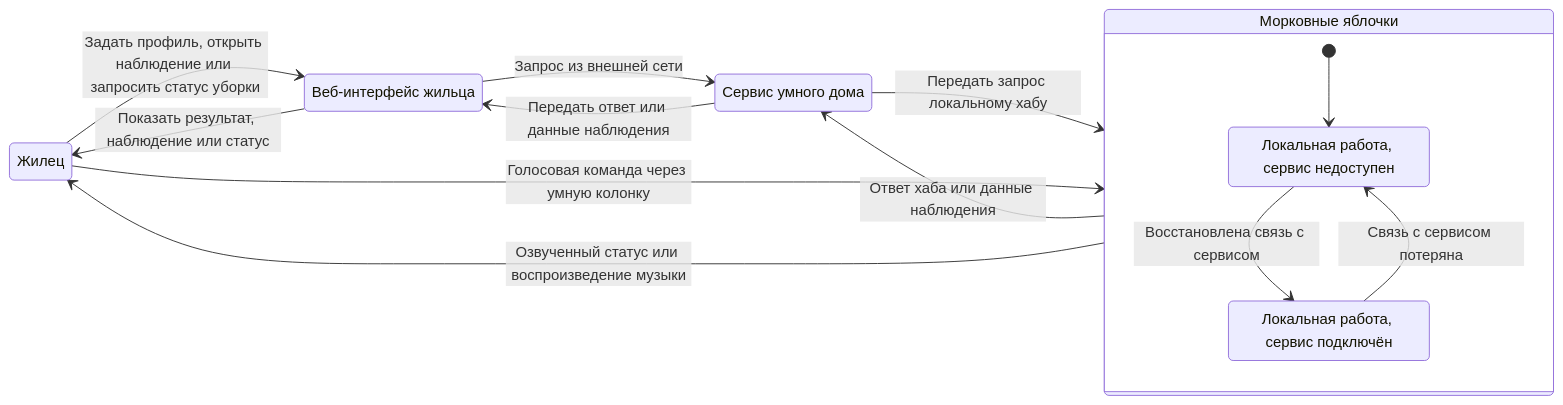
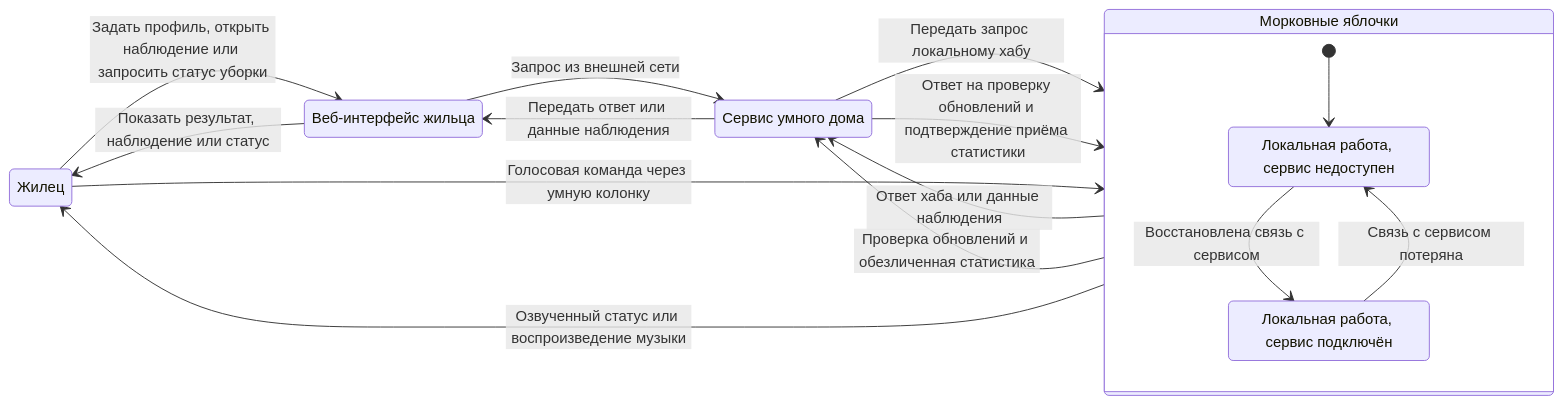
Before and after one commit to BPLA-Team/carrot-apples: the diagram in customer_side/CONTEXT_DIAGRAM.md, drawn with Mermaid. The commit also changed 9 other files, not shown here.

Commit message:
docs(architecture): document authenticated hub service exchange

````diff
--- a/customer_side/CONTEXT_DIAGRAM.md
+++ b/customer_side/CONTEXT_DIAGRAM.md
@@ -3,22 +3,24 @@
 ```mermaid
 stateDiagram-v2
     direction LR
     state "Жилец" as Resident
     state "Сервис умного дома" as Service
     state "Веб-интерфейс жильца" as Web
     state "Морковные яблочки" as Home {
         [*] --> Local
         state "Локальная работа, сервис недоступен" as Local
         state "Локальная работа, сервис подключён" as Connected
         Local --> Connected: Восстановлена связь с сервисом
         Connected --> Local: Связь с сервисом потеряна
     }
     Resident --> Web: Задать профиль, открыть наблюдение или запросить статус уборки
     Web --> Service: Запрос из внешней сети
     Service --> Home: Передать запрос локальному хабу
     Home --> Service: Ответ хаба или данные наблюдения
+    Home --> Service: Проверка обновлений и обезличенная статистика
+    Service --> Home: Ответ на проверку обновлений и подтверждение приёма статистики
     Service --> Web: Передать ответ или данные наблюдения
     Web --> Resident: Показать результат, наблюдение или статус
     Resident --> Home: Голосовая команда через умную колонку
     Home --> Resident: Озвученный статус или воспроизведение музыки
 ```
````
